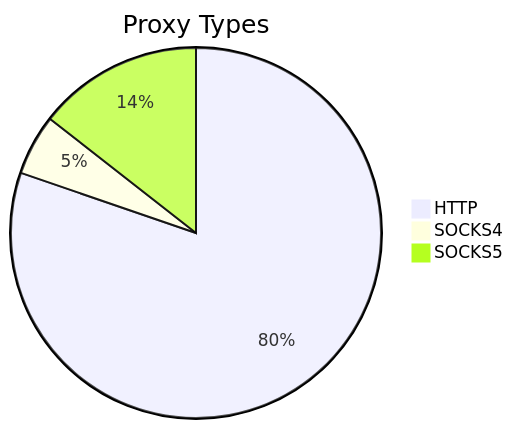
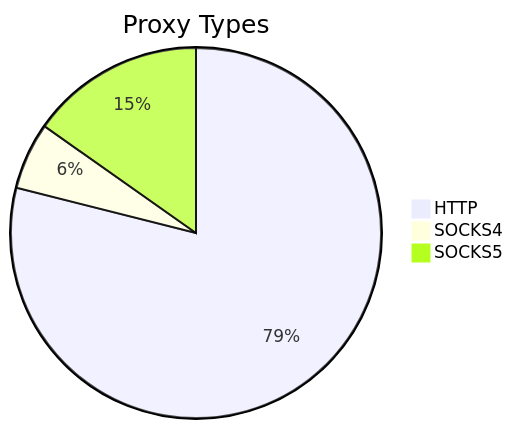
Before and after one commit to stormsia/proxy-list: the first of 2 diagrams in README.md, drawn with Mermaid. The commit also changed other lines of this file, not shown here.

````diff
--- a/README.md
+++ b/README.md
@@ -21,6 +21,6 @@
 ```mermaid
 pie title Proxy Types
-    "HTTP" : 667
-    "SOCKS4" : 44
-    "SOCKS5" : 120
+    "HTTP" : 648
+    "SOCKS4" : 48
+    "SOCKS5" : 125
 ```
````
